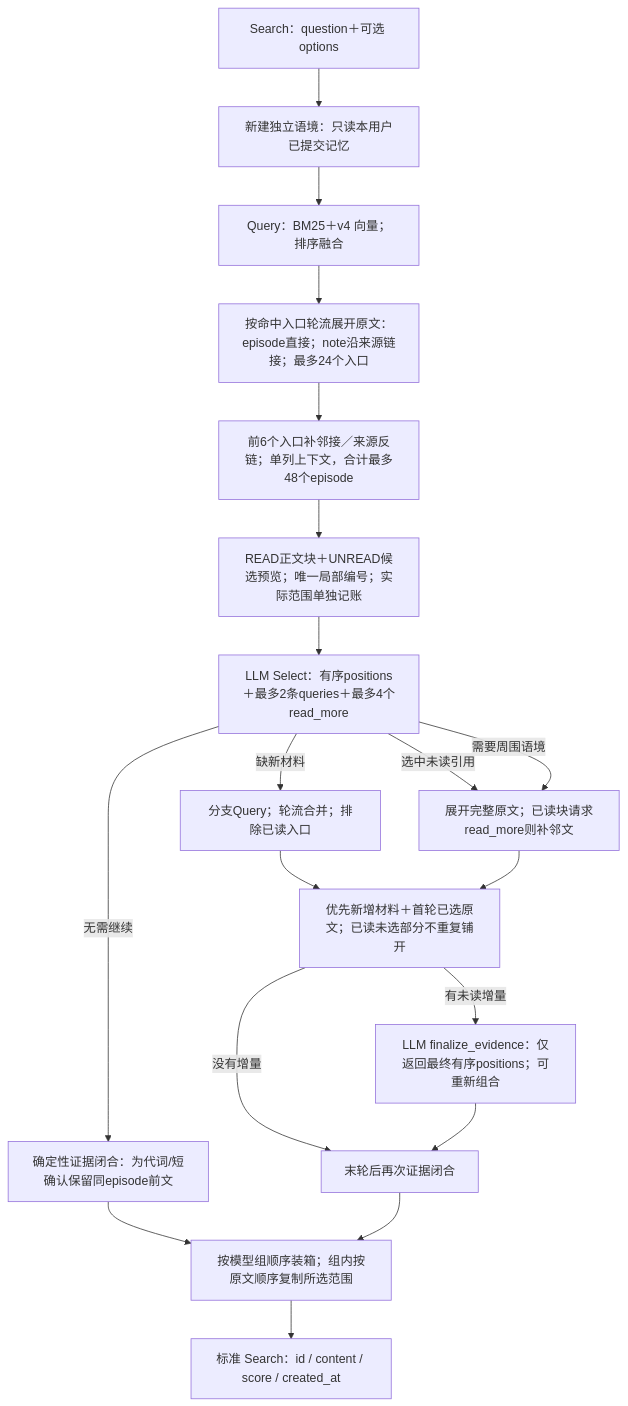
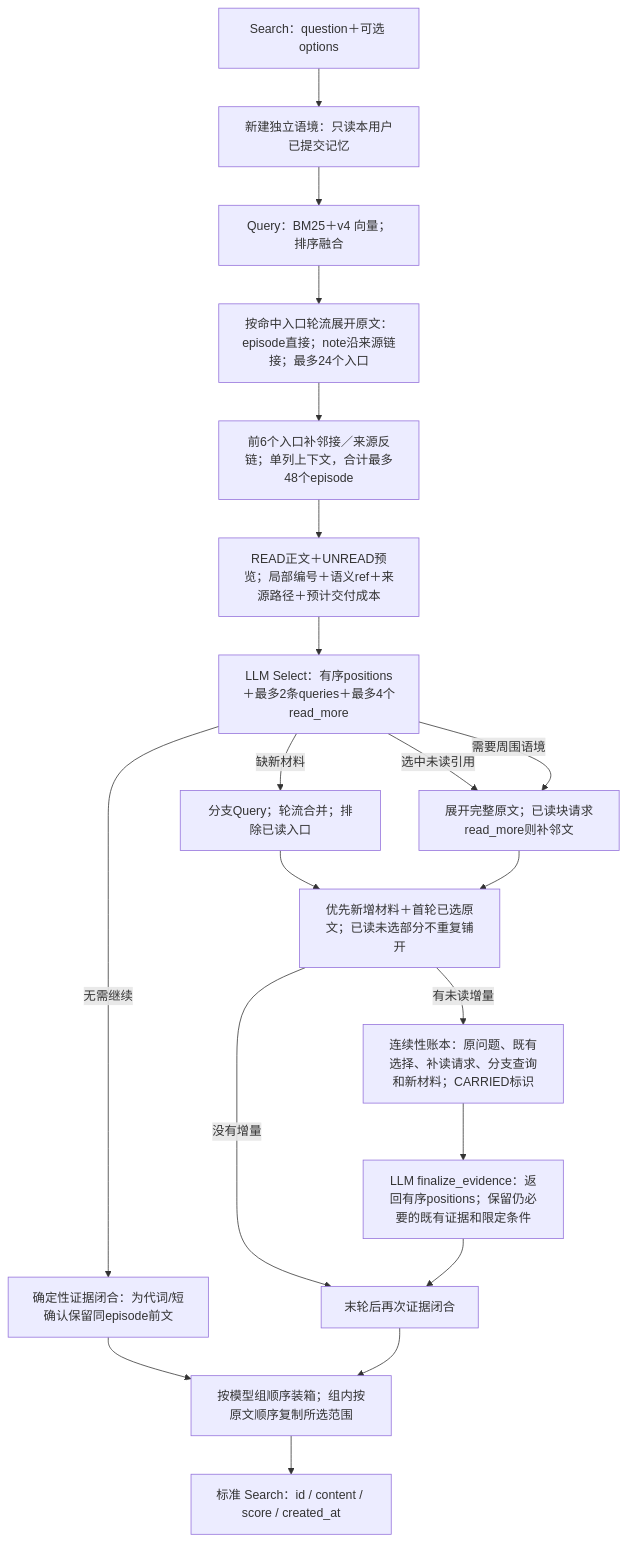
One commit to Graygoo7529/AM-Link changed the second of 2 diagrams in DESIGN.md. Above: the diagram before and after it, drawn with Mermaid. The commit also changed other lines of this file and 22 other files, not shown here.

````diff
--- a/DESIGN.md
+++ b/DESIGN.md
@@ -84,21 +84,22 @@
 ```mermaid
 flowchart TD
   Q["Search：question＋可选 options"] --> C["新建独立语境：只读本用户已提交记忆"]
   C --> R["Query：BM25＋v4 向量；排序融合"]
   R --> D["按命中入口轮流展开原文：episode直接；note沿来源链接；最多24个入口"]
   D --> B["前6个入口补邻接／来源反链；单列上下文，合计最多48个episode"]
-  B --> K["READ正文块＋UNREAD候选预览；唯一局部编号；实际范围单独记账"]
+  B --> K["READ正文＋UNREAD预览；局部编号＋语义ref＋来源路径＋预计交付成本"]
   K --> S["LLM Select：有序positions＋最多2条queries＋最多4个read_more"]
   S -->|无需继续| X["确定性证据闭合：为代词/短确认保留同episode前文"]
   X --> P["按模型组顺序装箱；组内按原文顺序复制所选范围"]
   S -->|缺新材料| R2["分支Query；轮流合并；排除已读入口"]
   S -->|选中未读引用| I2["展开完整原文；已读块请求read_more则补邻文"]
   S -->|需要周围语境| I2
   R2 --> C2["优先新增材料＋首轮已选原文；已读未选部分不重复铺开"]
   I2 --> C2
-  C2 -->|有未读增量| S2["LLM finalize_evidence：仅返回最终有序positions；可重新组合"]
+  C2 -->|有未读增量| L2["连续性账本：原问题、既有选择、补读请求、分支查询和新材料；CARRIED标识"]
+  L2 --> S2["LLM finalize_evidence：返回有序positions；保留仍必要的既有证据和限定条件"]
   C2 -->|没有增量| X2["末轮后再次证据闭合"]
   S2 --> X2
   X2 --> P
   P --> O["标准 Search：id / content / score / created_at"]
 ```
````
